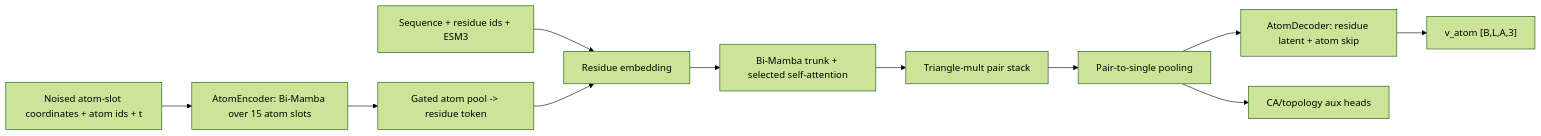
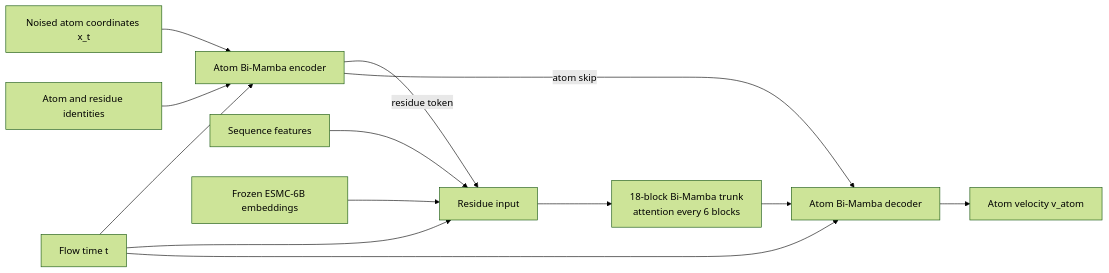
One commit to eightmm/mambafold changed the diagram in docs/architecture.md. Above: the diagram before and after it, drawn with Mermaid (forest theme). The commit also changed other lines of this file and 42 other files, not shown here.

````diff
--- a/docs/architecture.md
+++ b/docs/architecture.md
@@ -5,13 +7,15 @@
 ```mermaid
 flowchart LR
-    A["Noised atom-slot coordinates + atom ids + t"] --> B["AtomEncoder: Bi-Mamba over 15 atom slots"]
-    B --> C["Gated atom pool -> residue token"]
-    D["Sequence + residue ids + ESM3"] --> E["Residue embedding"]
-    C --> E
-    E --> F["Bi-Mamba trunk + selected self-attention"]
-    F --> G["Triangle-mult pair stack"]
-    G --> H["Pair-to-single pooling"]
-    H --> I["AtomDecoder: residue latent + atom skip"]
-    I --> J["v_atom [B,L,A,3]"]
-    H --> K["CA/topology aux heads"]
+    X["Noised atom coordinates x_t"] --> AE["Atom Bi-Mamba encoder"]
+    I["Atom and residue identities"] --> AE
+    T["Flow time t"] --> AE
+    AE -->|"residue token"| R["Residue input"]
+    S["Sequence features"] --> R
+    P["Frozen ESMC-6B embeddings"] --> R
+    T --> R
+    R --> M["18-block Bi-Mamba trunk<br/>attention every 6 blocks"]
+    M --> AD["Atom Bi-Mamba decoder"]
+    AE -->|"atom skip"| AD
+    T --> AD
+    AD --> V["Atom velocity v_atom"]
 ```
````
